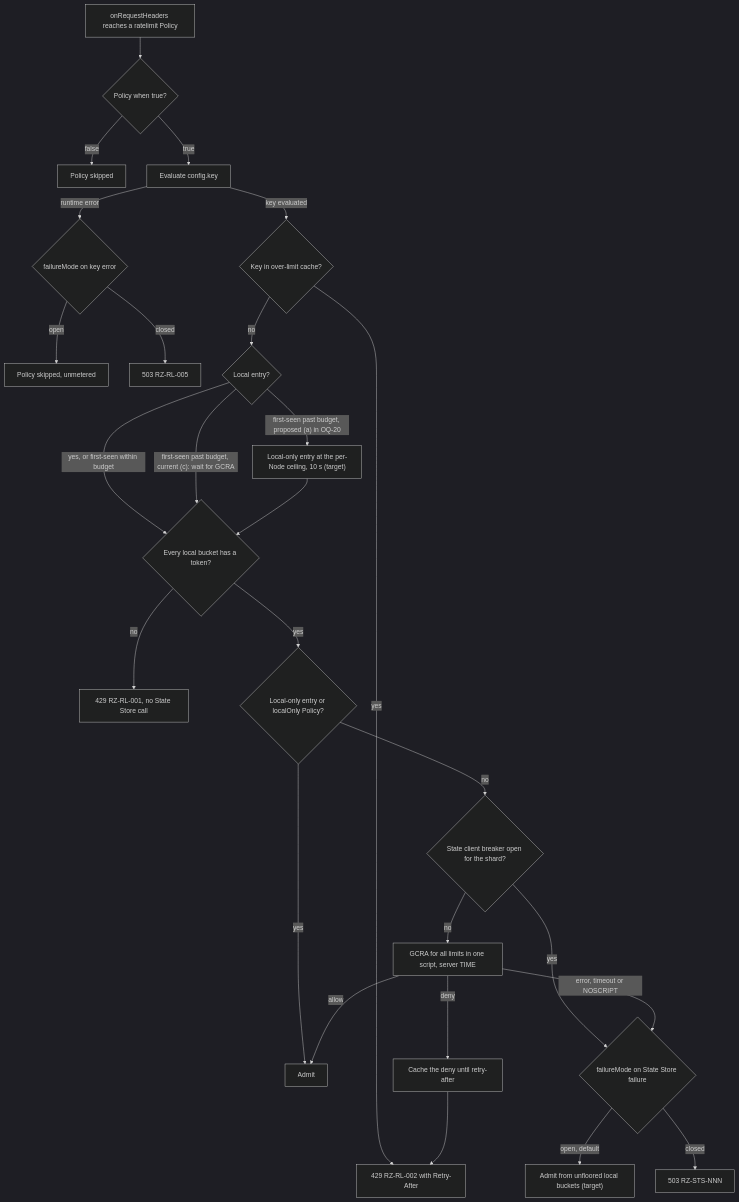
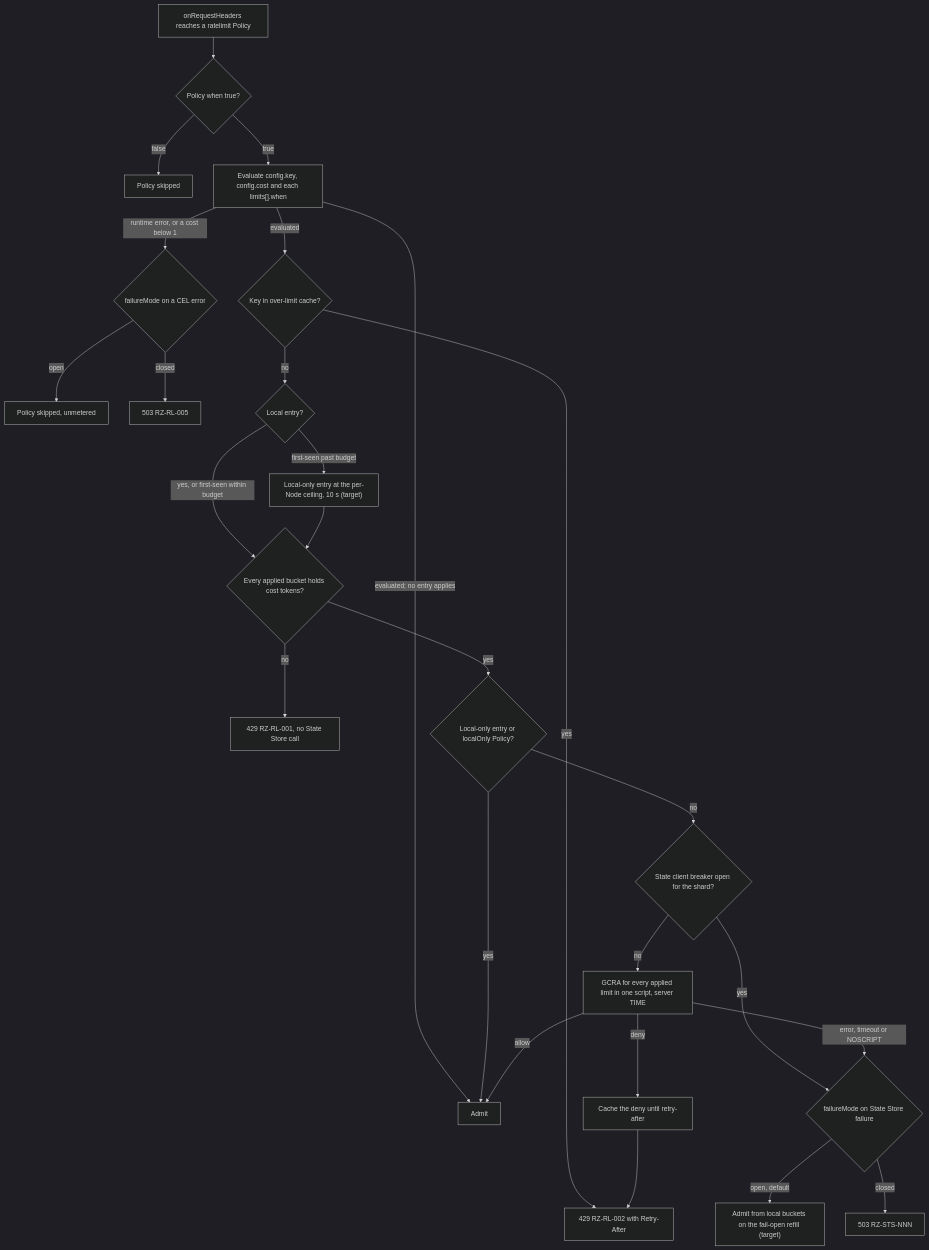
Before and after one commit to ravindu-rev/ruralz: the third of 4 diagrams in docs/architecture/09-traffic-management-and-resilience.md, drawn with Mermaid (dark theme). The commit also changed other lines of this file and 31 other files, not shown here.

````diff
--- a/docs/architecture/09-traffic-management-and-resilience.md
+++ b/docs/architecture/09-traffic-management-and-resilience.md
@@ -216,28 +227,28 @@
 ```mermaid
 flowchart TD
     req["onRequestHeaders reaches a ratelimit Policy"] --> when{"Policy when true?"}
     when -- "false" --> skip["Policy skipped"]
-    when -- "true" --> key["Evaluate config.key"]
-    key -- "runtime error" --> kfm{"failureMode on key error"}
+    when -- "true" --> key["Evaluate config.key, config.cost and each limits[].when"]
+    key -- "runtime error, or a cost below 1" --> kfm{"failureMode on a CEL error"}
     kfm -- "open" --> kskip["Policy skipped, unmetered"]
     kfm -- "closed" --> r503k["503 RZ-RL-005"]
-    key -- "key evaluated" --> olc{"Key in over-limit cache?"}
+    key -- "evaluated; no entry applies" --> ok
+    key -- "evaluated" --> olc{"Key in over-limit cache?"}
     olc -- "yes" --> deny2["429 RZ-RL-002 with Retry-After"]
     olc -- "no" --> nk{"Local entry?"}
-    nk -- "yes, or first-seen within budget" --> lb{"Every local bucket has a token?"}
-    nk -- "first-seen past budget, current (c): wait for GCRA" --> lb
-    nk -- "first-seen past budget, proposed (a) in OQ-20" --> local["Local-only entry at the per-Node ceiling, 10 s (target)"]
+    nk -- "yes, or first-seen within budget" --> lb{"Every applied bucket holds cost tokens?"}
+    nk -- "first-seen past budget" --> local["Local-only entry at the per-Node ceiling, 10 s (target)"]
     local --> lb
     lb -- "no" --> deny1["429 RZ-RL-001, no State Store call"]
     lb -- "yes" --> lo{"Local-only entry or localOnly Policy?"}
     lo -- "yes" --> ok["Admit"]
     lo -- "no" --> brk{"State client breaker open for the shard?"}
     brk -- "yes" --> fm{"failureMode on State Store failure"}
-    brk -- "no" --> gcra["GCRA for all limits in one script, server TIME"]
+    brk -- "no" --> gcra["GCRA for every applied limit in one script, server TIME"]
     gcra -- "allow" --> ok
     gcra -- "deny" --> cache["Cache the deny until retry-after"]
     cache --> deny2
     gcra -- "error, timeout or NOSCRIPT" --> fm
-    fm -- "open, default" --> admit["Admit from unfloored local buckets (target)"]
+    fm -- "open, default" --> admit["Admit from local buckets on the fail-open refill (target)"]
     fm -- "closed" --> r503["503 RZ-STS-NNN"]
 ```
````
